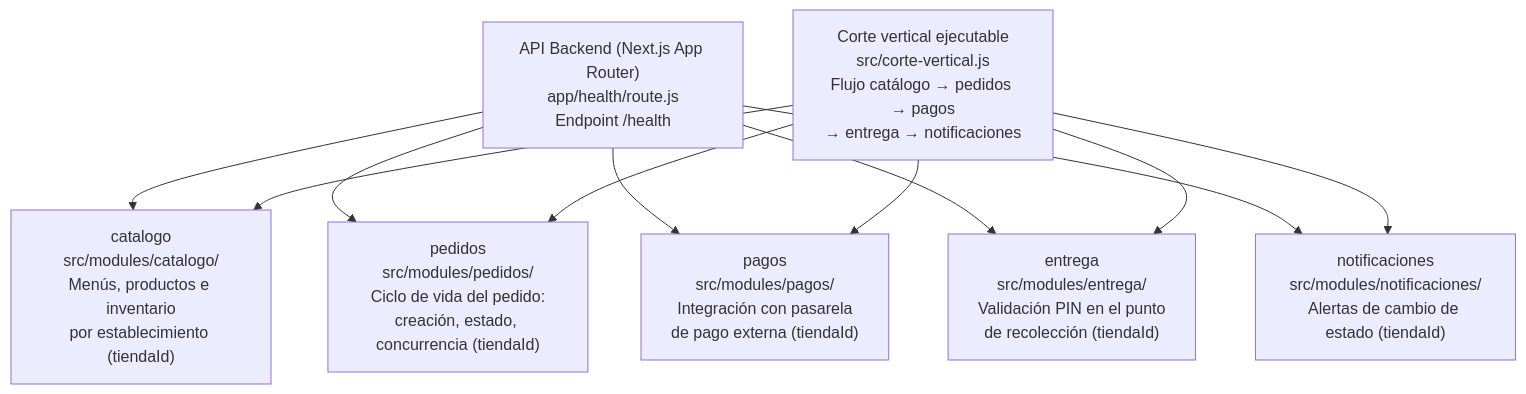
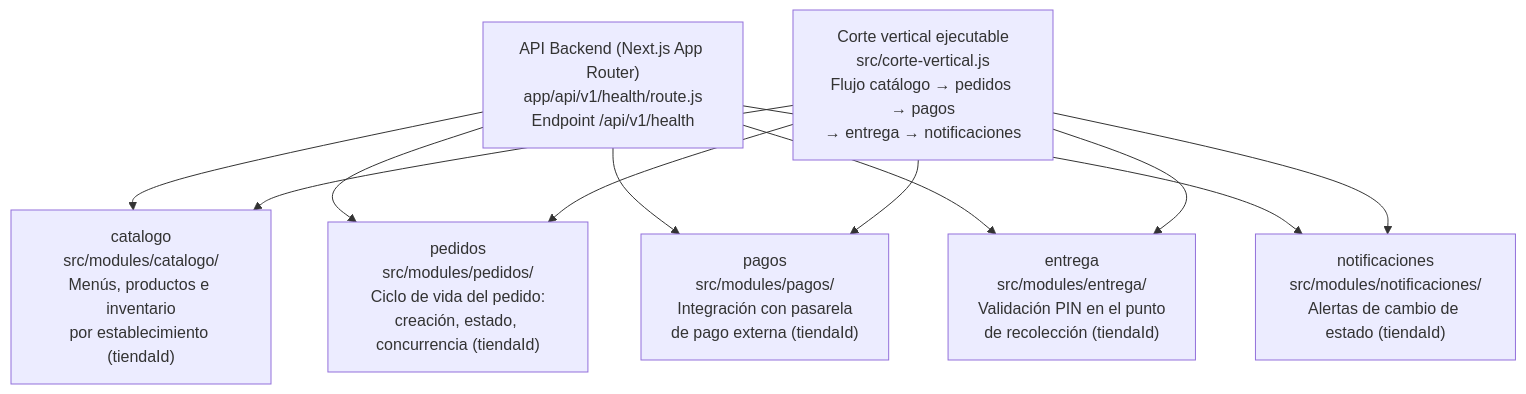
The first of 6 diagrams in docs/arc42/arc42-template-EN.md (ISCOUTB/AS_202620_LaPlacita), drawn with Mermaid before and after one commit. The commit also changed other lines of this file and 7 other files, not shown here.

````diff
--- a/docs/arc42/arc42-template-EN.md
+++ b/docs/arc42/arc42-template-EN.md
@@ -135,22 +135,22 @@
 ```mermaid
 graph TD
-    API["API Backend (Next.js App Router)\napp/health/route.js\nEndpoint /health"]
+    API["API Backend (Next.js App Router)\napp/api/v1/health/route.js\nEndpoint /api/v1/health"]
     CV["Corte vertical ejecutable\nsrc/corte-vertical.js\nFlujo catálogo → pedidos → pagos\n→ entrega → notificaciones"]
 
     CAT["catalogo\nsrc/modules/catalogo/\nMenús, productos e inventario\npor establecimiento (tiendaId)"]
     PED["pedidos\nsrc/modules/pedidos/\nCiclo de vida del pedido:\ncreación, estado, concurrencia (tiendaId)"]
     PAG["pagos\nsrc/modules/pagos/\nIntegración con pasarela\nde pago externa (tiendaId)"]
     ENT["entrega\nsrc/modules/entrega/\nValidación PIN en el punto\nde recolección (tiendaId)"]
     NOT["notificaciones\nsrc/modules/notificaciones/\nAlertas de cambio de estado (tiendaId)"]
 
     API --> CAT
     API --> PED
     API --> PAG
     API --> ENT
     API --> NOT
     CV --> CAT
     CV --> PED
     CV --> PAG
     CV --> ENT
     CV --> NOT
 ```
````
